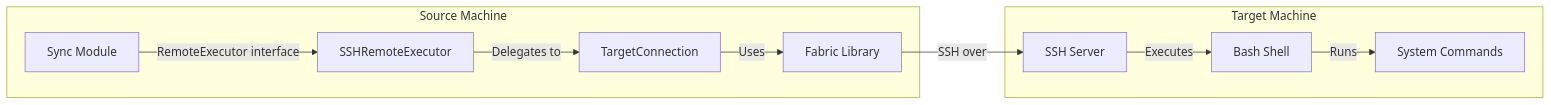
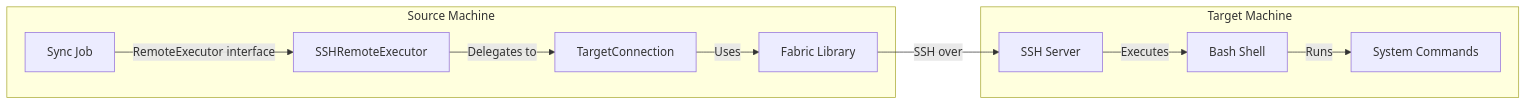
The sixth of 13 diagrams in ARCHITECTURE.md (flaksit/pc-switcher), drawn with Mermaid before and after one commit. The commit also changed other lines of this file and 39 other files, not shown here.

Commit message:
rename Module to Job

````diff
--- a/ARCHITECTURE.md
+++ b/ARCHITECTURE.md
@@ -198,22 +198,22 @@
 ```mermaid
 graph LR
     subgraph "Source Machine"
-        Module[Sync Module]
+        Job[Sync Job]
         SSHExec[SSHRemoteExecutor]
         Target[TargetConnection]
         Fabric[Fabric Library]
     end
 
     subgraph "Target Machine"
         SSHD[SSH Server]
         Shell[Bash Shell]
         Commands[System Commands]
     end
 
-    Module -->|RemoteExecutor interface| SSHExec
+    Job -->|RemoteExecutor interface| SSHExec
     SSHExec -->|Delegates to| Target
     Target -->|Uses| Fabric
     Fabric -->|SSH over| SSHD
     SSHD -->|Executes| Shell
     Shell -->|Runs| Commands
 ```
````
